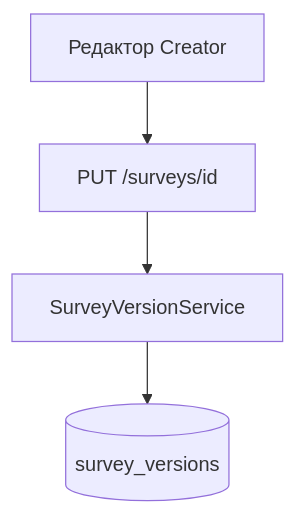
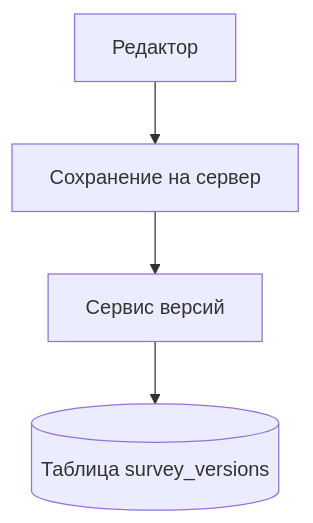
One commit to sanya2905/survey-constructor-service changed the fourth of 7 diagrams in docs/vkr-zashchita-prezentaciya.md. Above: the diagram before and after it, drawn with Mermaid. The commit also changed other lines of this file, not shown here.

````diff
--- a/docs/vkr-zashchita-prezentaciya.md
+++ b/docs/vkr-zashchita-prezentaciya.md
@@ -130,8 +121,9 @@
 ```mermaid
 flowchart TD
-    E[Редактор Creator]
-    PUT[PUT /surveys/id]
-    VER[SurveyVersionService]
-    T[(survey_versions)]
+    E[Редактор]
+    PUT[Сохранение на сервер]
+    VER[Сервис версий]
+    T[(Таблица survey_versions)]
+
     E --> PUT --> VER --> T
 ```
````
